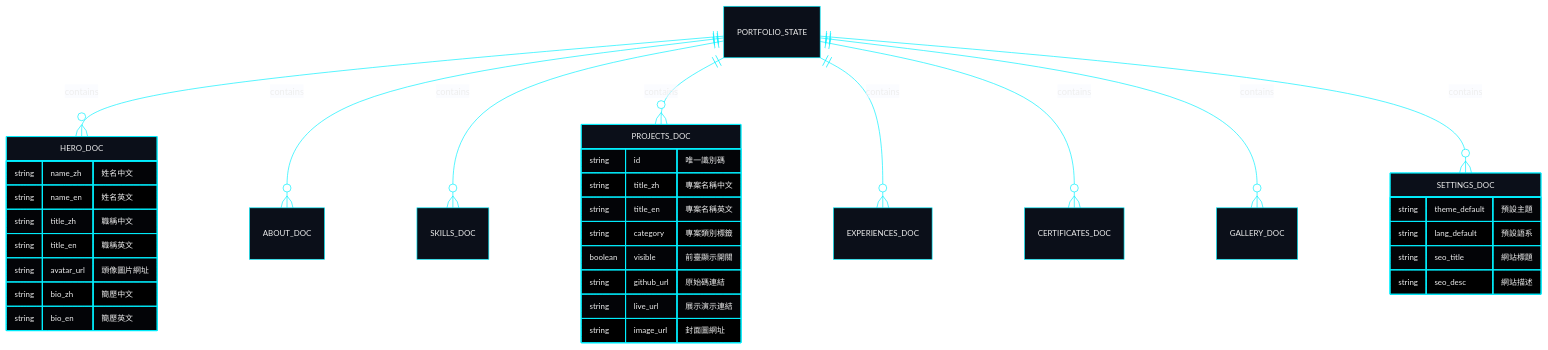
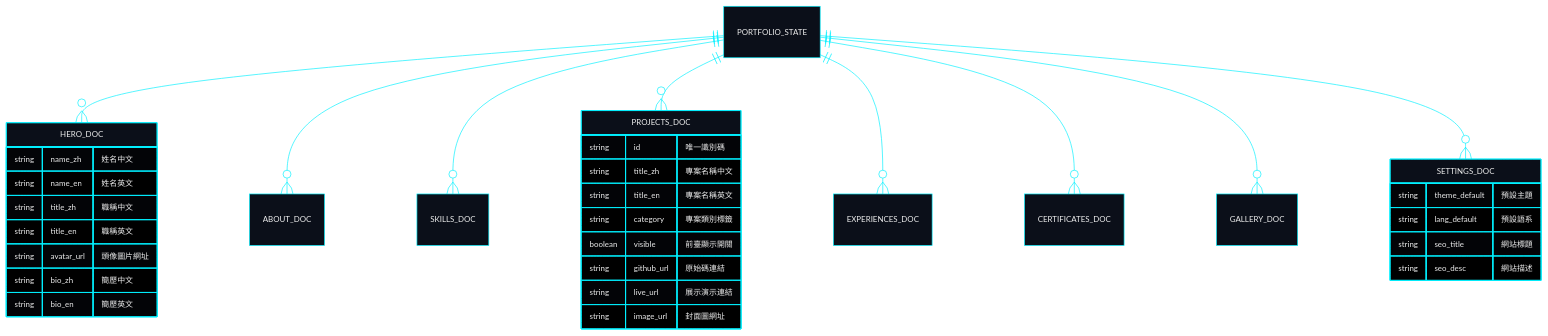
One commit to EricXJason/my-portfolio-website changed the third of 3 diagrams in README.md. Above: the diagram before and after it, drawn with Mermaid. The commit also changed other lines of this file and 8 other files, not shown here.

Commit message:
style: enforce sharp corners across all diagrams and eliminate ERD contains label boxes

````diff
--- a/README.md
+++ b/README.md
@@ -159,56 +161,56 @@
 ```mermaid
 %%{init: {
   'theme': 'base',
   'themeVariables': {
     'darkMode': true,
     'background': '#030712',
     'mainBkg': '#0b0f19',
     'nodeBorder': '#00f0ff',
     'textColor': '#f8fafc',
     'lineColor': '#00f0ff',
     'titleColor': '#00f0ff',
     'edgeLabelBackground': '#030712',
     'attributeBackgroundColorOdd': '#060a14',
     'attributeBackgroundColorEven': '#0b0f19',
     'fontSize': '12px'
   },
-  'themeCSS': '.er.relationshipLabelBox { fill: #030712 !important; stroke: none !important; } .er.relationshipLabel { fill: #00f0ff !important; font-weight: bold; } .er.entityBox { fill: #0b0f19 !important; stroke: #00f0ff !important; } .er.entityLabel { fill: #00f0ff !important; } .er.attributeBoxOdd { fill: #060a14 !important; stroke: #1e293b !important; } .er.attributeBoxEven { fill: #0b0f19 !important; stroke: #1e293b !important; }'
+  'themeCSS': 'rect, .node rect, rect.actor { rx: 0px !important; ry: 0px !important; } .er.relationshipLabelBox { fill: none !important; stroke: none !important; display: none !important; } .er.relationshipLabel { fill: #00f0ff !important; font-weight: bold; } .er.entityBox { fill: #0b0f19 !important; stroke: #00f0ff !important; rx: 0px !important; ry: 0px !important; } .er.entityLabel { fill: #00f0ff !important; } .er.attributeBoxOdd { fill: #060a14 !important; stroke: #1e293b !important; } .er.attributeBoxEven { fill: #0b0f19 !important; stroke: #1e293b !important; }'
 }}%%
 erDiagram
-    PORTFOLIO_STATE ||--o{ HERO_DOC : contains
-    PORTFOLIO_STATE ||--o{ ABOUT_DOC : contains
-    PORTFOLIO_STATE ||--o{ SKILLS_DOC : contains
-    PORTFOLIO_STATE ||--o{ PROJECTS_DOC : contains
-    PORTFOLIO_STATE ||--o{ EXPERIENCES_DOC : contains
-    PORTFOLIO_STATE ||--o{ CERTIFICATES_DOC : contains
-    PORTFOLIO_STATE ||--o{ GALLERY_DOC : contains
-    PORTFOLIO_STATE ||--o{ SETTINGS_DOC : contains
+    PORTFOLIO_STATE ||--o{ HERO_DOC : " "
+    PORTFOLIO_STATE ||--o{ ABOUT_DOC : " "
+    PORTFOLIO_STATE ||--o{ SKILLS_DOC : " "
+    PORTFOLIO_STATE ||--o{ PROJECTS_DOC : " "
+    PORTFOLIO_STATE ||--o{ EXPERIENCES_DOC : " "
+    PORTFOLIO_STATE ||--o{ CERTIFICATES_DOC : " "
+    PORTFOLIO_STATE ||--o{ GALLERY_DOC : " "
+    PORTFOLIO_STATE ||--o{ SETTINGS_DOC : " "
 
     HERO_DOC {
         string name_zh "姓名中文"
         string name_en "姓名英文"
         string title_zh "職稱中文"
         string title_en "職稱英文"
         string avatar_url "頭像圖片網址"
         string bio_zh "簡歷中文"
         string bio_en "簡歷英文"
     }
 
     PROJECTS_DOC {
         string id "唯一識別碼"
         string title_zh "專案名稱中文"
         string title_en "專案名稱英文"
         string category "專案類別標籤"
         boolean visible "前臺顯示開關"
         string github_url "原始碼連結"
         string live_url "展示演示連結"
         string image_url "封面圖網址"
     }
 
     SETTINGS_DOC {
         string theme_default "預設主題"
         string lang_default "預設語系"
         string seo_title "網站標題"
         string seo_desc "網站描述"
     }
 ```
````
